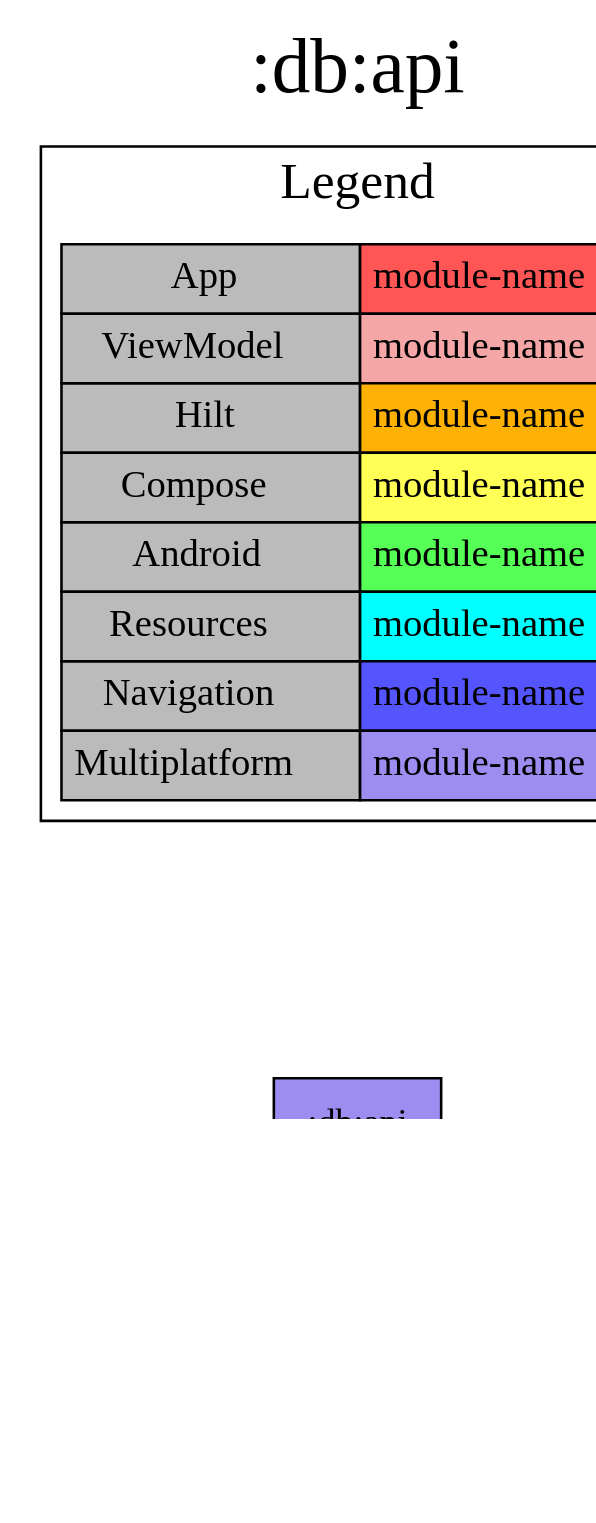
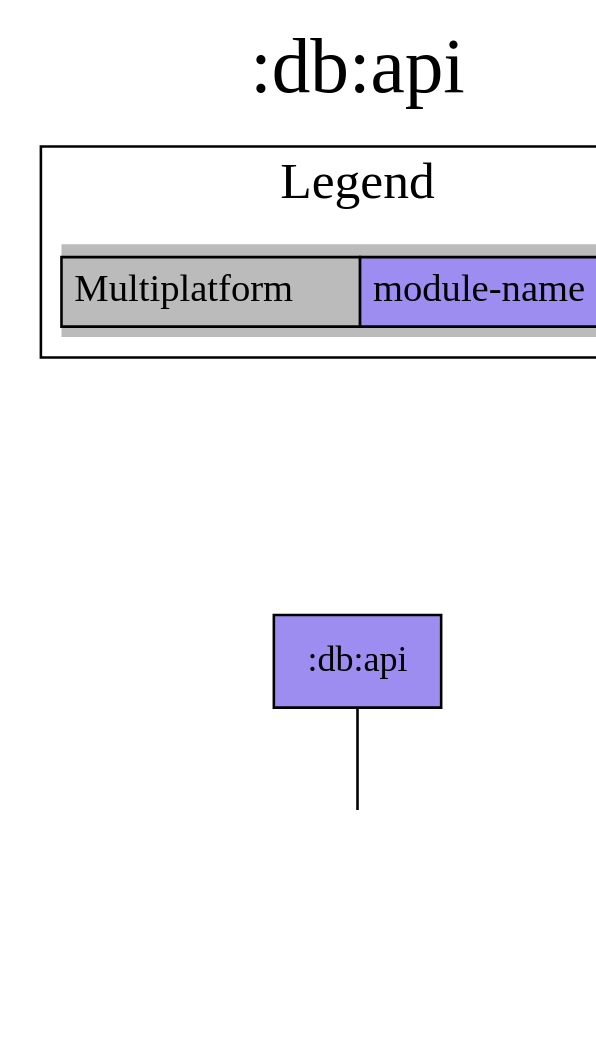
One commit to jonapoul/aktual changed the diagram in modules/db/api/project-dependency-graph.dot. Above: the diagram before and after it, drawn with Graphviz. The commit also changed 52 other files, not shown here.

```diff
--- a/modules/db/api/project-dependency-graph.dot
+++ b/modules/db/api/project-dependency-graph.dot
@@ -1,28 +1,21 @@
 digraph {
 edge ["dir"="forward"]
 graph ["dpi"="100","label"=":db:api","labelloc"="t","fontsize"="30","ranksep"="1.5","rankdir"="TB"]
 node ["style"="filled"]
+":budget:model" ["fillcolor"="#9D8DF1","shape"="box"]
 ":db:api" ["fillcolor"="#9D8DF1","shape"="box"]
-":budget:model" ["fillcolor"="#9D8DF1","shape"="box"]
 {
 edge ["dir"="none"]
 graph ["rank"="same"]
 }
 ":db:api" -> ":budget:model"
 subgraph "cluster_legend" {
 edge ["dir"="none"]
 graph ["label"="Legend","fontsize"="20"]
 "Legend" ["style"="filled","fillcolor"="#bbbbbb","shape"="none","margin"="0","fontsize"="15","label"=<
 <TABLE BORDER="0" CELLBORDER="1" CELLSPACING="0" CELLPADDING="4">
-<TR><TD>App</TD><TD BGCOLOR="#FF5555">module-name</TD></TR>
-<TR><TD>ViewModel</TD><TD BGCOLOR="#F5A6A6">module-name</TD></TR>
-<TR><TD>Hilt</TD><TD BGCOLOR="#FCB103">module-name</TD></TR>
-<TR><TD>Compose</TD><TD BGCOLOR="#FFFF55">module-name</TD></TR>
-<TR><TD>Android</TD><TD BGCOLOR="#55FF55">module-name</TD></TR>
-<TR><TD>Resources</TD><TD BGCOLOR="#00FFFF">module-name</TD></TR>
-<TR><TD>Navigation</TD><TD BGCOLOR="#5555FF">module-name</TD></TR>
 <TR><TD>Multiplatform</TD><TD BGCOLOR="#9D8DF1">module-name</TD></TR>
 </TABLE>
 >]
 } -> ":db:api" ["style"="invis"]
 }
```
